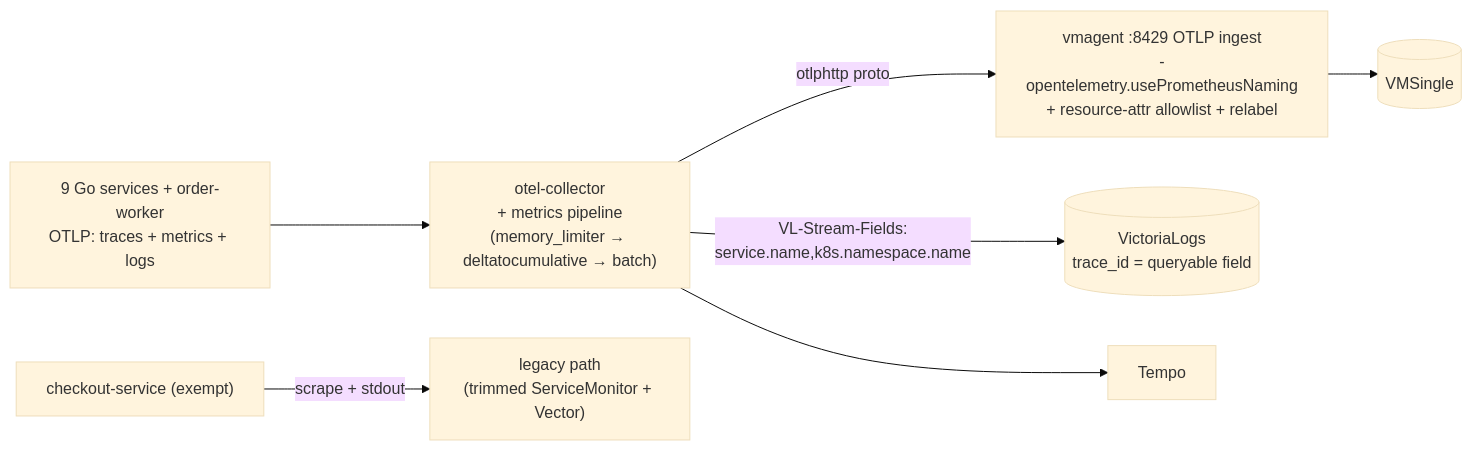
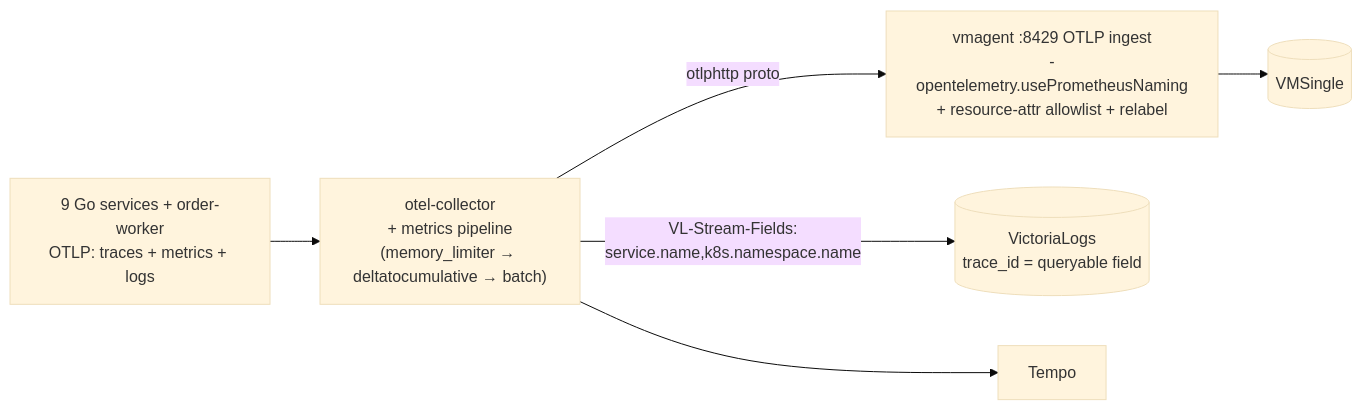
Before and after one commit to duynhlab/homelab: the second of 2 diagrams in docs/observability/opentelemetry.md, drawn with Mermaid (base theme). The commit also changed other lines of this file and 24 other files, not shown here.

````diff
--- a/docs/observability/opentelemetry.md
+++ b/docs/observability/opentelemetry.md
@@ -154,9 +156,8 @@
 ```mermaid
 flowchart LR
     SVC2["9 Go services + order-worker<br/>OTLP: traces + metrics + logs"] --> COL2["otel-collector<br/>+ metrics pipeline<br/>(memory_limiter → deltatocumulative → batch)"]
     COL2 -->|"otlphttp proto"| VMA["vmagent :8429 OTLP ingest<br/>-opentelemetry.usePrometheusNaming<br/>+ resource-attr allowlist + relabel"]
     VMA --> VMS[("VMSingle")]
     COL2 -->|"VL-Stream-Fields:<br/>service.name,k8s.namespace.name"| VLX[("VictoriaLogs<br/>trace_id = queryable field")]
     COL2 --> T3["Tempo"]
-    CHK["checkout-service (exempt)"] -->|scrape + stdout| LEGACY["legacy path<br/>(trimmed ServiceMonitor + Vector)"]
 ```
````
